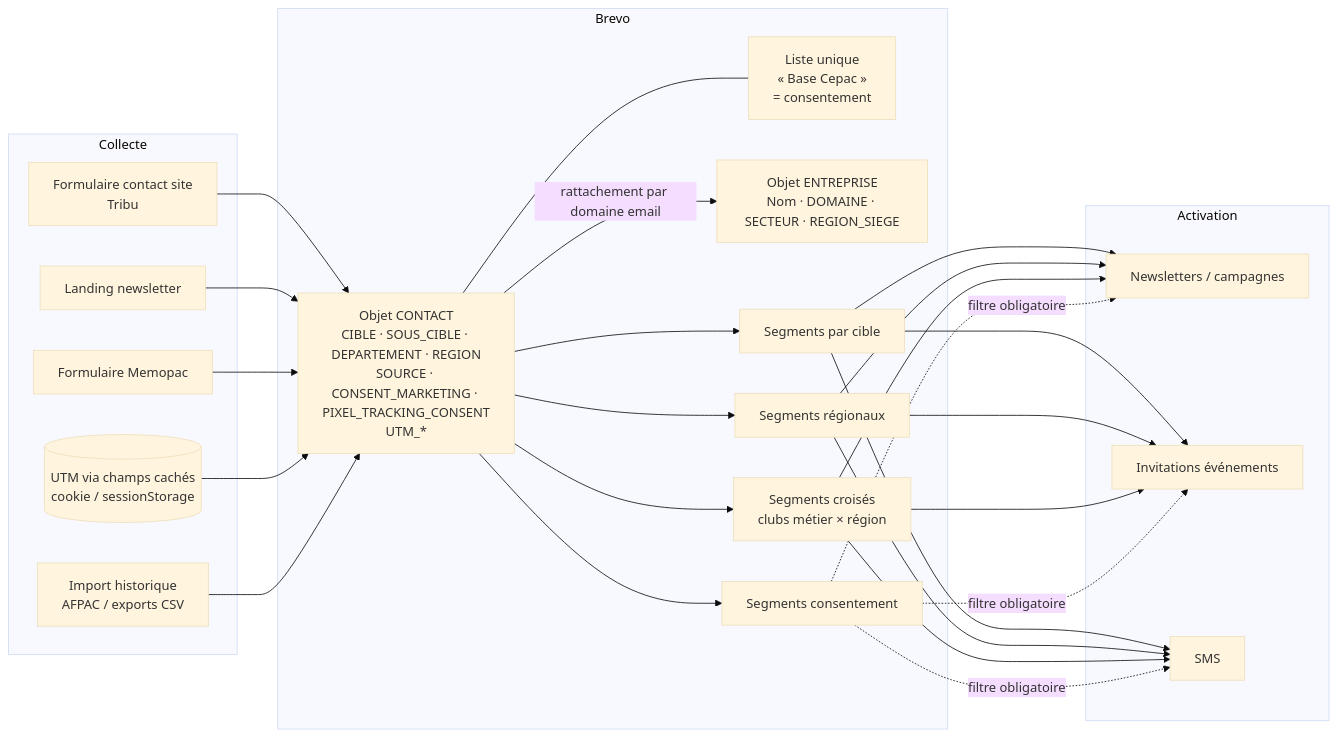
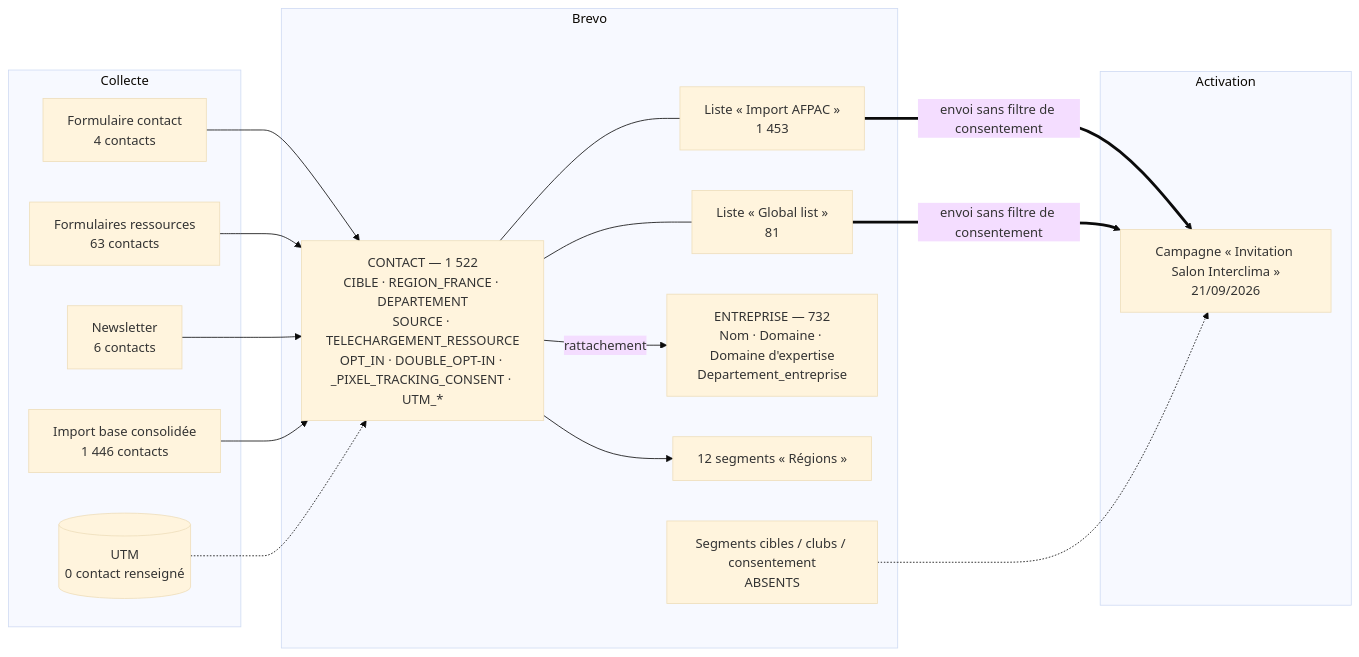
Before and after one commit to willdigi99/cepac: the first of 2 diagrams in DOCUMENTATION_CRM_BREVO_CEPAC.md, drawn with Mermaid (base theme). The commit also changed other lines of this file and 1 other file, not shown here.

````diff
--- a/DOCUMENTATION_CRM_BREVO_CEPAC.md
+++ b/DOCUMENTATION_CRM_BREVO_CEPAC.md
@@ -78,35 +78,31 @@
 ```mermaid
 flowchart LR
     subgraph Collecte
-        F1[Formulaire contact site<br/>Tribu]
-        F2[Landing newsletter]
-        F3[Formulaire Memopac]
-        I1[Import historique<br/>AFPAC / exports CSV]
-        UTM[(UTM via champs cachés<br/>cookie / sessionStorage)]
+        F1[Formulaire contact<br/>4 contacts]
+        F2[Formulaires ressources<br/>63 contacts]
+        F3[Newsletter<br/>6 contacts]
+        I1[Import base consolidée<br/>1 446 contacts]
+        UTM[(UTM<br/>0 contact renseigné)]
     end
 
     subgraph Brevo
-        L[Liste unique<br/>« Base Cepac »<br/>= consentement]
-        C[Objet CONTACT<br/>CIBLE · SOUS_CIBLE · DEPARTEMENT · REGION<br/>SOURCE · CONSENT_MARKETING · PIXEL_TRACKING_CONSENT<br/>UTM_*]
-        E[Objet ENTREPRISE<br/>Nom · DOMAINE · SECTEUR · REGION_SIEGE]
-        S1[Segments par cible]
-        S2[Segments régionaux]
-        S3[Segments croisés<br/>clubs métier × région]
-        S4[Segments consentement]
+        L8[Liste « Import AFPAC »<br/>1 453]
+        L2[Liste « Global list »<br/>81]
+        C[CONTACT — 1 522<br/>CIBLE · REGION_FRANCE · DEPARTEMENT<br/>SOURCE · TELECHARGEMENT_RESSOURCE<br/>OPT_IN · DOUBLE_OPT-IN · _PIXEL_TRACKING_CONSENT · UTM_*]
+        E[ENTREPRISE — 732<br/>Nom · Domaine · Domaine d'expertise<br/>Departement_entreprise]
+        SR[12 segments « Régions »]
+        SX[Segments cibles / clubs / consentement<br/>ABSENTS]
     end
 
     subgraph Activation
-        N[Newsletters / campagnes]
-        EV[Invitations événements]
-        SMS[SMS]
+        N[Campagne « Invitation Salon Interclima »<br/>21/09/2026]
     end
 
-    F1 & F2 & F3 --> C
-    UTM --> C
-    I1 --> C
-    C --- L
-    C -- rattachement par domaine email --> E
-    C --> S1 & S2 & S3 & S4
-    S1 & S2 & S3 --> N & EV & SMS
-    S4 -. filtre obligatoire .-> N & EV & SMS
+    F1 & F2 & F3 & I1 --> C
+    UTM -.-> C
+    C --- L8 & L2
+    C -- rattachement --> E
+    C --> SR
+    L8 & L2 ==>|envoi sans filtre de consentement| N
+    SX -.-> N
 ```
````
